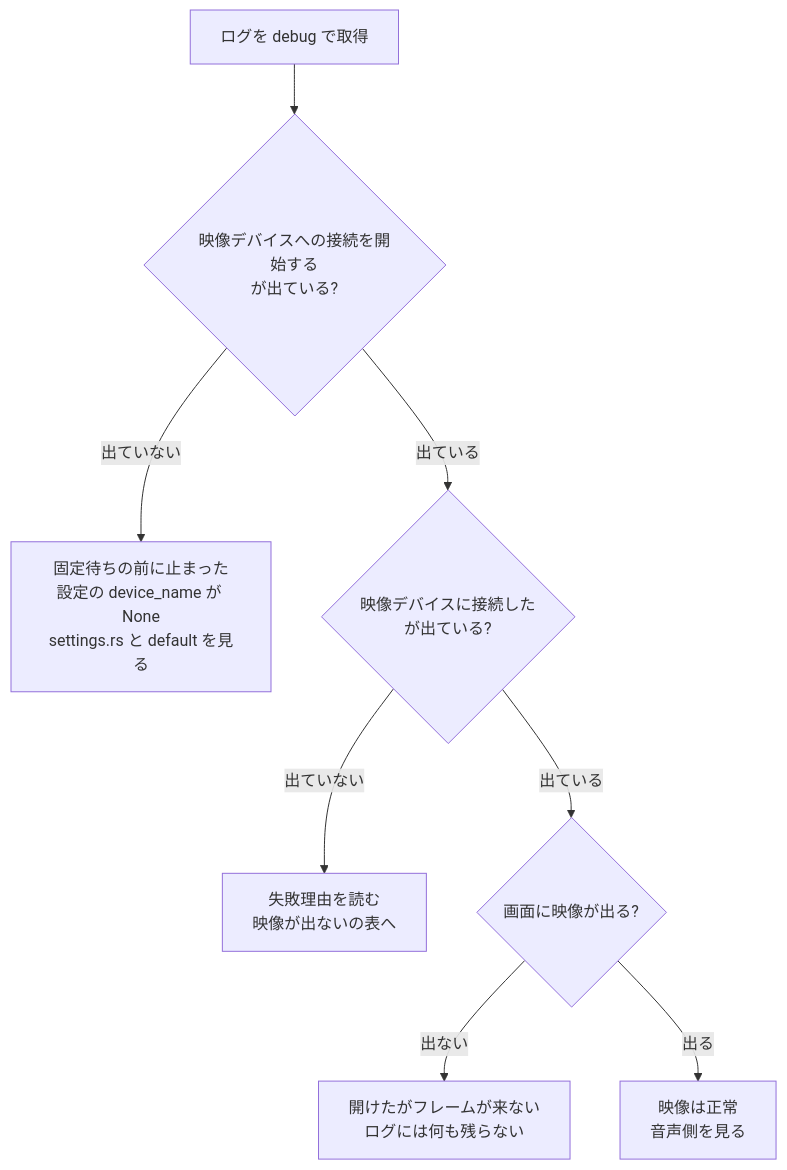
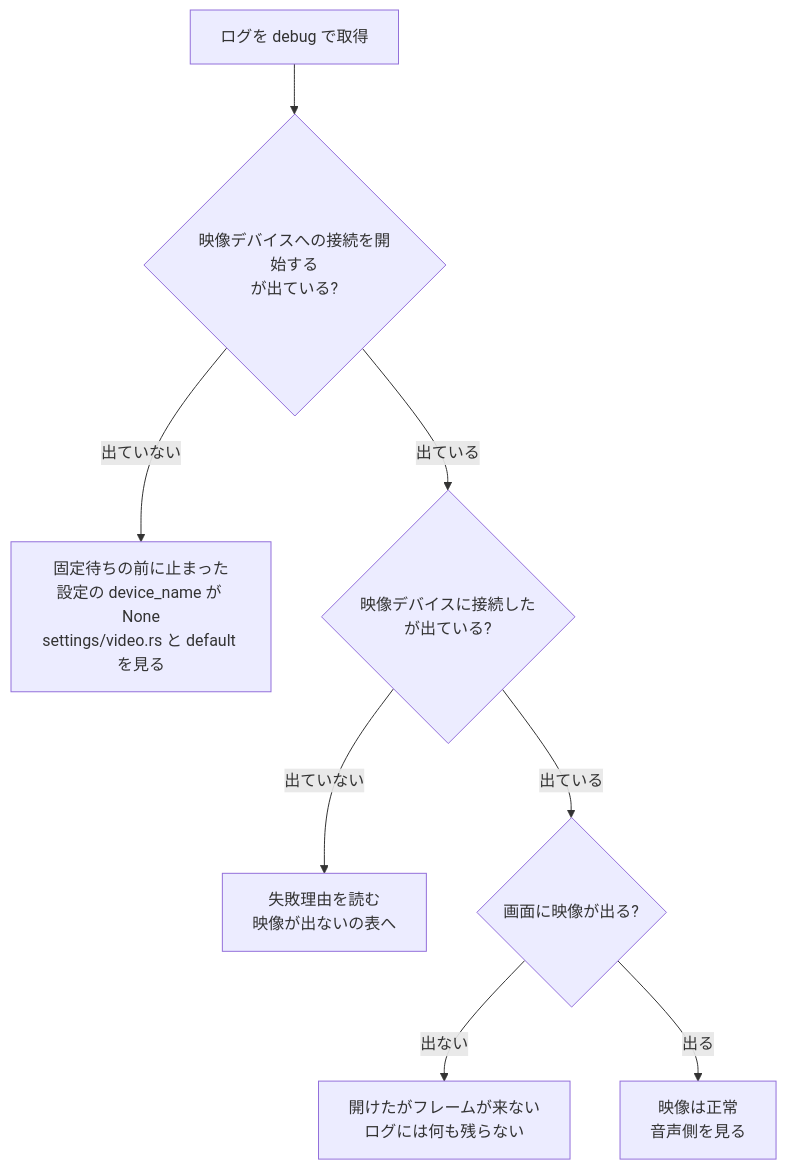
Before and after one commit to Mui-MuiMui/Capturecard_Viewer: the diagram in .claude/skills/device-debug/SKILL.md, drawn with Mermaid. The commit also changed 6 other files, not shown here.

````diff
--- a/.claude/skills/device-debug/SKILL.md
+++ b/.claude/skills/device-debug/SKILL.md
@@ -137,10 +137,10 @@
 ```mermaid
 flowchart TD
     A[ログを debug で取得] --> B{映像デバイスへの接続を開始する<br/>が出ている?}
-    B -->|出ていない| C[固定待ちの前に止まった<br/>設定の device_name が None<br/>settings.rs と default を見る]
+    B -->|出ていない| C[固定待ちの前に止まった<br/>設定の device_name が None<br/>settings/video.rs と default を見る]
     B -->|出ている| D{映像デバイスに接続した<br/>が出ている?}
     D -->|出ていない| E[失敗理由を読む<br/>映像が出ないの表へ]
     D -->|出ている| F{画面に映像が出る?}
     F -->|出ない| G[開けたがフレームが来ない<br/>ログには何も残らない]
     F -->|出る| H[映像は正常<br/>音声側を見る]
 ```
````
